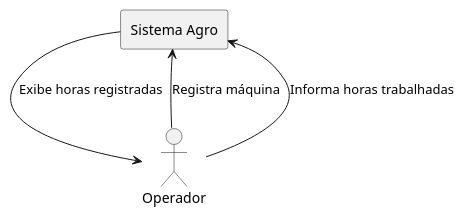
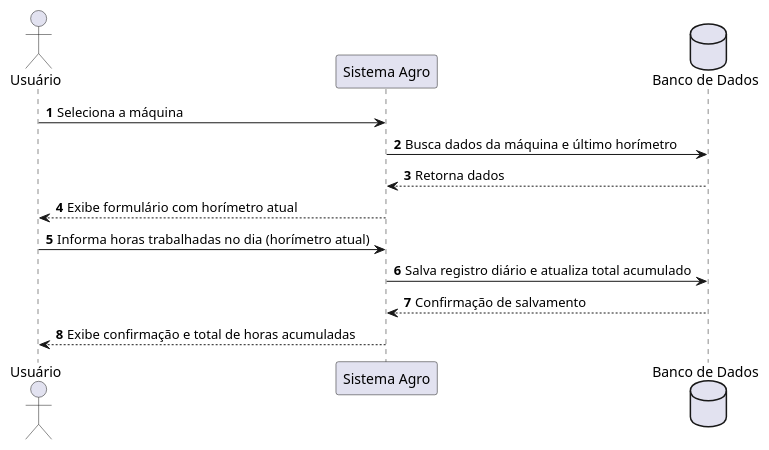
The diagram in Contexto.puml (Vitorzk1/Diariobordocustomaquinario), drawn with PlantUML before and after one commit. The commit also changed other lines of this file, not shown here.

Commit message:
Diagrama Sistema Agro

```diff
--- a/Contexto.puml
+++ b/Contexto.puml
@@ -1,12 +1,18 @@
 @startuml
+autonumber
+actor "Usuário" as user
+participant "Sistema Agro" as sys
+database "Banco de Dados" as db
 
-actor "Operador"
+user -> sys : Seleciona a máquina
+sys -> db : Busca dados da máquina e último horímetro
+db --> sys : Retorna dados
+sys --> user : Exibe formulário com horímetro atual
 
-rectangle "Sistema Agro" {
-}
+user -> sys : Informa horas trabalhadas no dia (horímetro atual)
+sys -> db : Salva registro diário e atualiza total acumulado
+db --> sys : Confirmação de salvamento
 
-"Operador" --> "Sistema Agro" : Registra máquina
-"Operador" --> "Sistema Agro" : Informa horas trabalhadas
-"Sistema Agro" --> "Operador" : Exibe horas registradas
+sys --> user : Exibe confirmação e total de horas acumuladas
 
 @enduml
```
